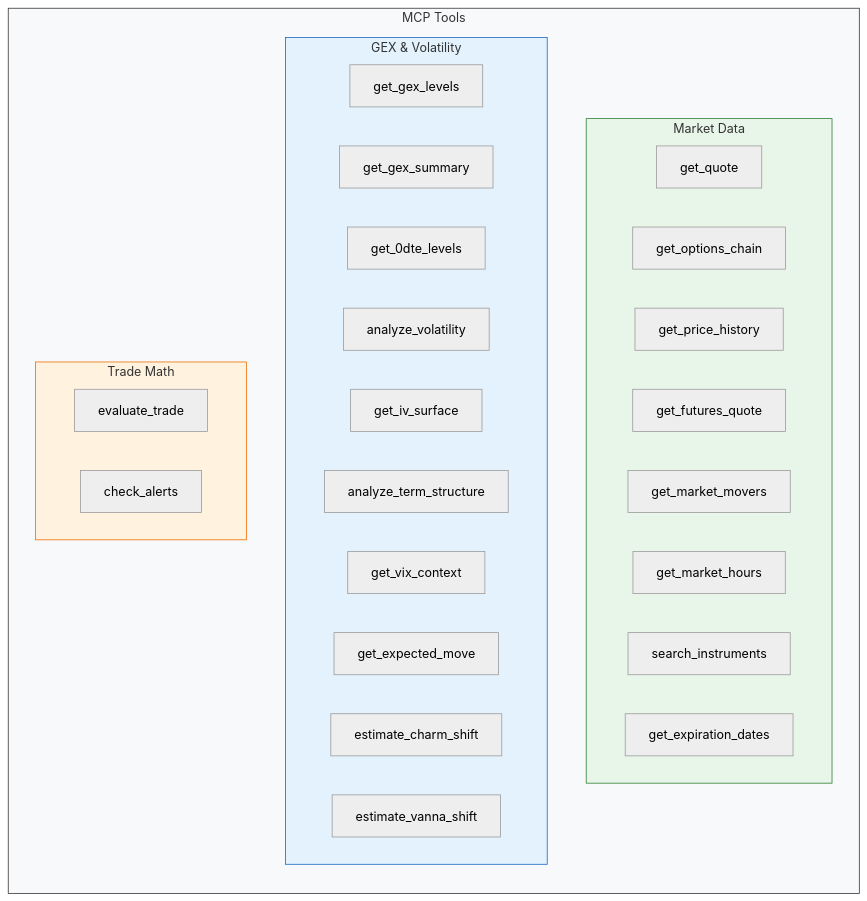
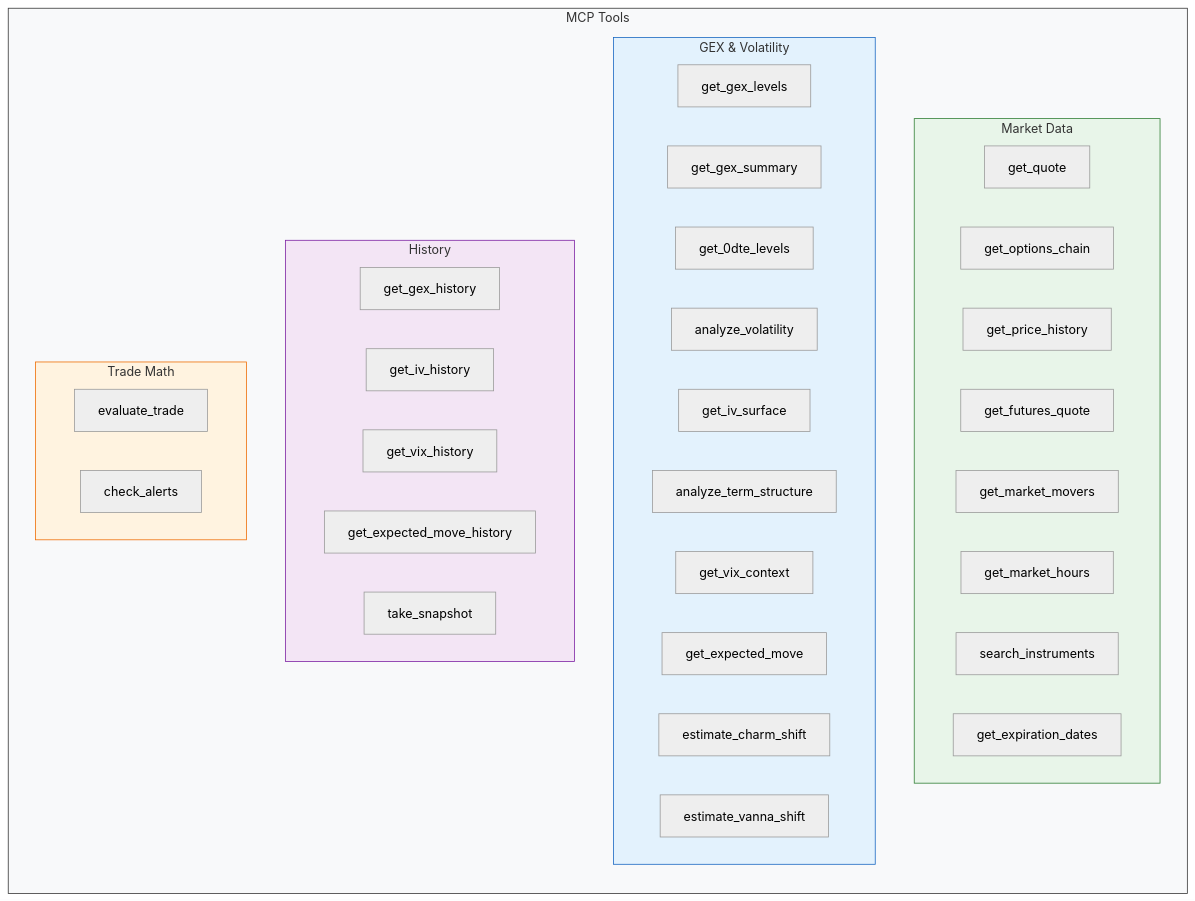
One commit to nsnguyen/thinkorswim_local_mcp changed the third of 10 diagrams in docs/ARCHITECTURE.md. Above: the diagram before and after it, drawn with Mermaid (neutral theme). The commit also changed other lines of this file and 1 other file, not shown here.

Commit message:
Add Phase 3B — daily historical snapshots (GEX, IV, VIX, expected move)
Parquet-based daily snapshots so Claude can see trends, regime
streaks, and compare expected vs actual moves. Pre-aggregated
fields (streaks, trends, accuracy stats) keep context compact.
~2KB/day per symbol. Auto-snapshots on first query of the day.

````diff
--- a/docs/ARCHITECTURE.md
+++ b/docs/ARCHITECTURE.md
@@ -149,37 +149,45 @@
 ```mermaid
 graph LR
     subgraph Tools["MCP Tools"]
         direction TB
         subgraph TD1[" Market Data "]
             t1[get_quote]
             t2[get_options_chain]
             t3[get_price_history]
             t4[get_futures_quote]
             t5[get_market_movers]
             t6[get_market_hours]
             t7[search_instruments]
             t8[get_expiration_dates]
         end
         subgraph TD2[" GEX & Volatility "]
             t9[get_gex_levels]
             t10[get_gex_summary]
             t11[get_0dte_levels]
             t12[analyze_volatility]
             t13[get_iv_surface]
             t14[analyze_term_structure]
             t15[get_vix_context]
             t16[get_expected_move]
             t17[estimate_charm_shift]
             t18[estimate_vanna_shift]
         end
-        subgraph TD3[" Trade Math "]
-            t19[evaluate_trade]
-            t20[check_alerts]
+        subgraph TD3[" History "]
+            t19[get_gex_history]
+            t20[get_iv_history]
+            t21[get_vix_history]
+            t22[get_expected_move_history]
+            t23[take_snapshot]
+        end
+        subgraph TD4[" Trade Math "]
+            t24[evaluate_trade]
+            t25[check_alerts]
         end
     end
 
     style Tools fill:#f8f9fa,stroke:#333
     style TD1 fill:#e8f5e9,stroke:#2e7d32
     style TD2 fill:#e3f2fd,stroke:#1565c0
-    style TD3 fill:#fff3e0,stroke:#ef6c00
+    style TD3 fill:#f3e5f5,stroke:#7b1fa2
+    style TD4 fill:#fff3e0,stroke:#ef6c00
 ```
````
